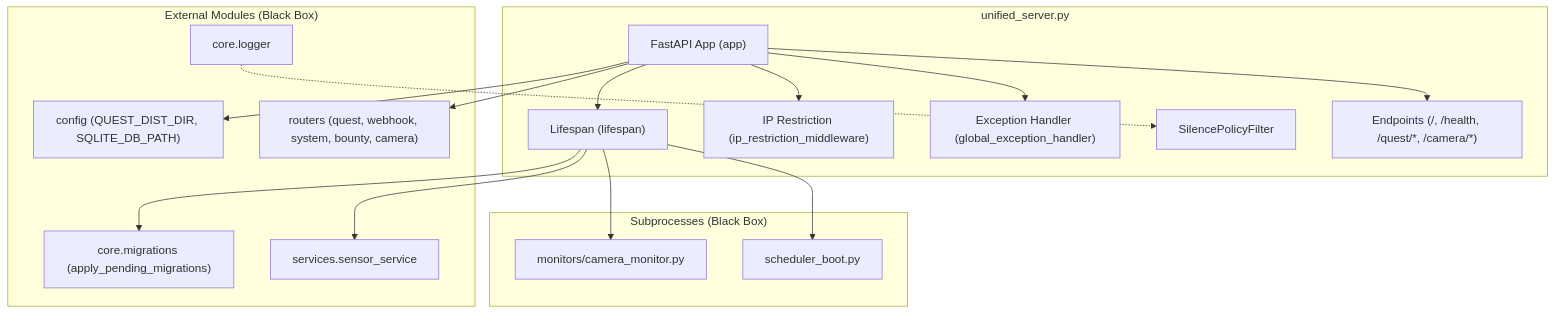
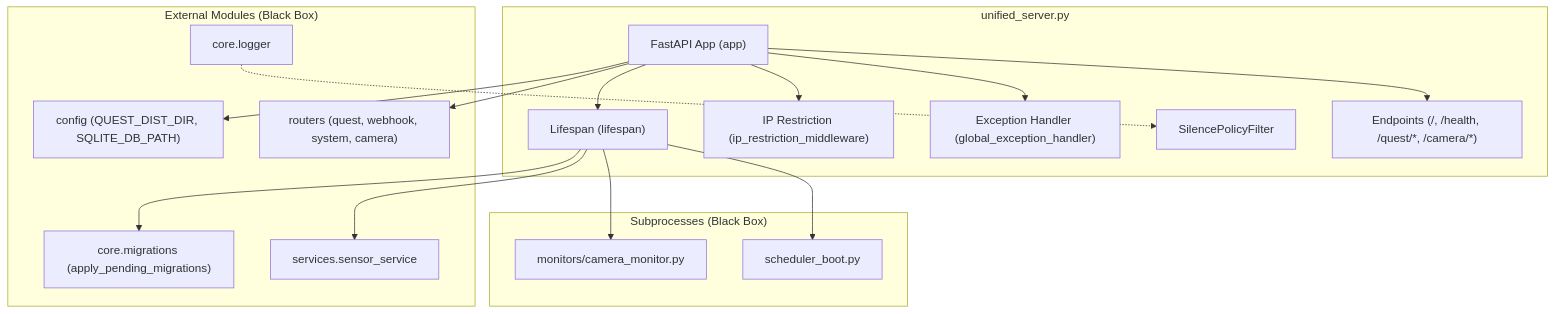
The second of 2 diagrams in docs/specifications/MY_HOME_SYSTEM/unified_server.md (mmtigers/my_python_project), drawn with Mermaid before and after one commit. The commit also changed other lines of this file and 3 other files, not shown here.

````diff
--- a/docs/specifications/MY_HOME_SYSTEM/unified_server.md
+++ b/docs/specifications/MY_HOME_SYSTEM/unified_server.md
@@ -280,40 +280,40 @@
 ```mermaid
 graph TD
     subgraph "unified_server.py"
         App["FastAPI App (app)"]
         Lifespan["Lifespan (lifespan)"]
         Middleware["IP Restriction (ip_restriction_middleware)"]
         ExceptionH["Exception Handler (global_exception_handler)"]
         LogFilter["SilencePolicyFilter"]
         Endpoints["Endpoints (/, /health, /quest/*, /camera/*)"]
     end
 
     App --> Lifespan
     App --> Middleware
     App --> ExceptionH
     App --> Endpoints
 
     subgraph "External Modules (Black Box)"
         Config["config (QUEST_DIST_DIR, SQLITE_DB_PATH)"]
         Logger["core.logger"]
         Migrations["core.migrations (apply_pending_migrations)"]
         Sensors["services.sensor_service"]
-        Routers["routers (quest, webhook, system, bounty, camera)"]
+        Routers["routers (quest, webhook, system, camera)"]
     end
 
     subgraph "Subprocesses (Black Box)"
         Camera["monitors/camera_monitor.py"]
         Scheduler["scheduler_boot.py"]
     end
 
     App --> Config
     Lifespan --> Sensors
     Lifespan --> Migrations
     App --> Routers
     
     Lifespan --> Camera
     Lifespan --> Scheduler
     
     Logger -.-> LogFilter
 
 ```
````
